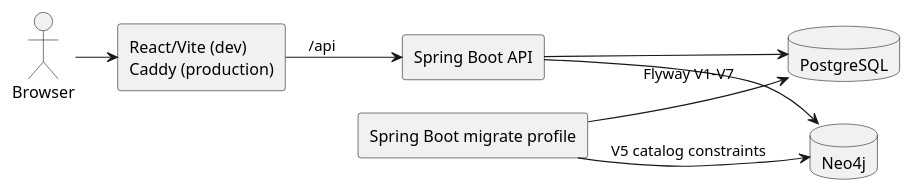
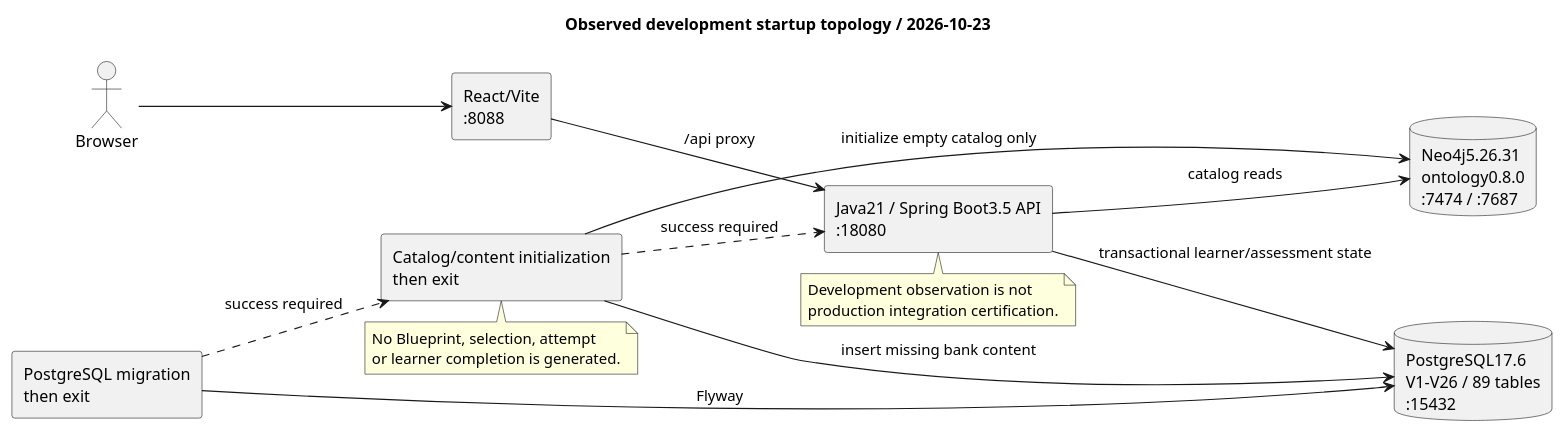
Before and after one commit to SEP490-Fall-2026-GFA26SE64/SEP490: the diagram in documents/diagrams/runtime-topology.puml, drawn with PlantUML. The commit also changed 454 other files, not shown here.

```diff
--- a/documents/diagrams/runtime-topology.puml
+++ b/documents/diagrams/runtime-topology.puml
@@ -1,20 +1,31 @@
 @startuml
 !pragma layout smetana
 left to right direction
 skinparam componentStyle rectangle
 skinparam shadowing false
-
+title Observed development startup topology / 2026-10-23
 actor Browser
-component "React/Vite (dev)\nCaddy (production)" as Web
-component "Spring Boot API" as API
-component "Spring Boot migrate profile" as Migrate
-database "PostgreSQL" as PG
-database "Neo4j" as Graph
-
+component "React/Vite\n:8088" as Web
+component "Java21 / Spring Boot3.5 API\n:18080" as API
+component "PostgreSQL migration\nthen exit" as Migrate
+component "Catalog/content initialization\nthen exit" as Seed
+database "PostgreSQL17.6\nV1-V26 / 89 tables\n:15432" as PG
+database "Neo4j5.26.31\nontology0.8.0\n:7474 / :7687" as Graph
 Browser --> Web
-Web --> API : /api
-API --> PG
-API --> Graph
-Migrate --> PG : Flyway V1-V7
-Migrate --> Graph : V5 catalog constraints
+Web --> API : /api proxy
+Migrate --> PG : Flyway
+Migrate ..> Seed : success required
+Seed --> Graph : initialize empty catalog only
+Seed --> PG : insert missing bank content
+Seed ..> API : success required
+API --> PG : transactional learner/assessment state
+API --> Graph : catalog reads
+note bottom of Seed
+No Blueprint, selection, attempt
+or learner completion is generated.
+end note
+note bottom of API
+Development observation is not
+production integration certification.
+end note
 @enduml
```
